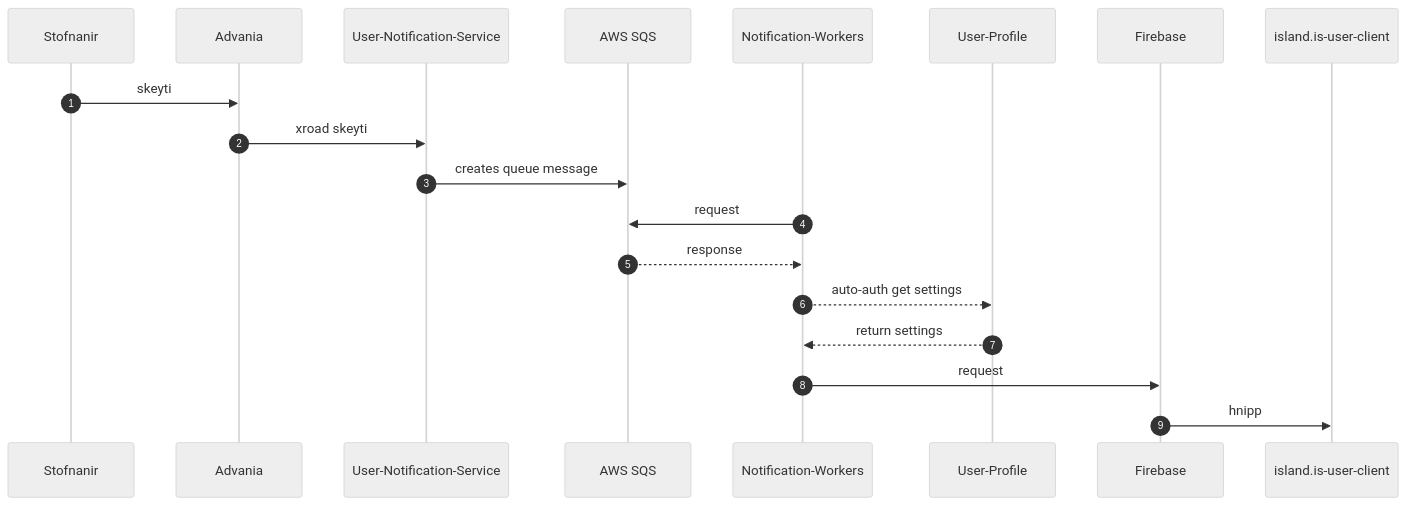
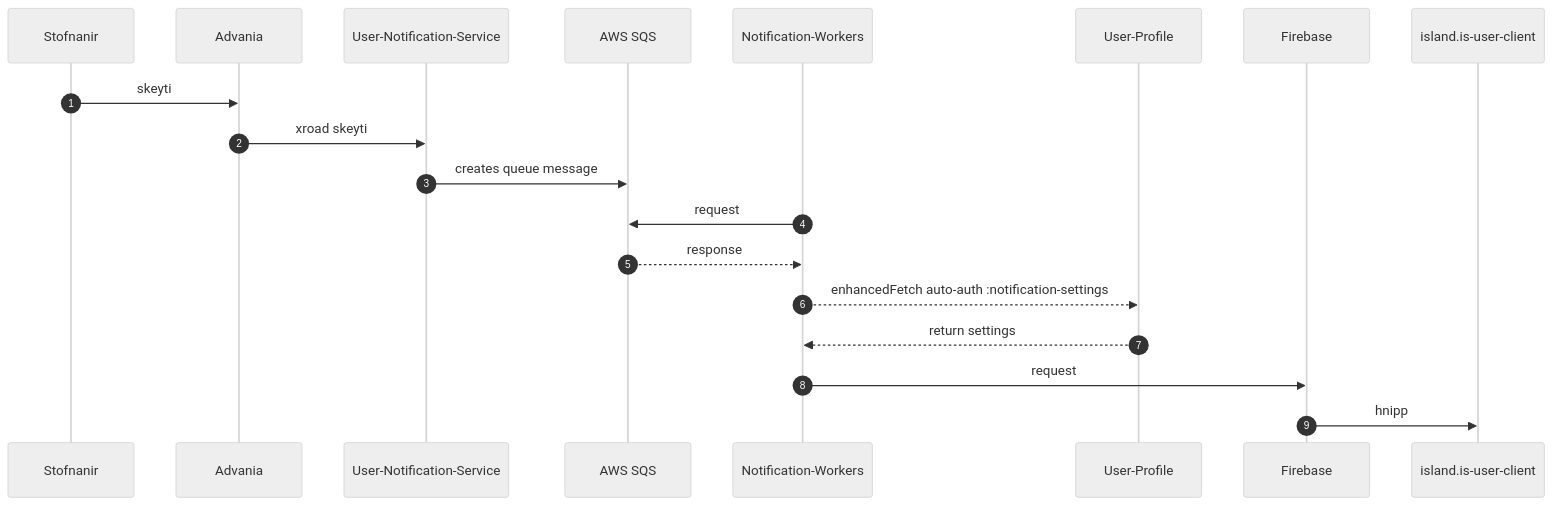
One commit to rafnarnason/bookish-fiesta changed the diagram in hnipp.md. Above: the diagram before and after it, drawn with Mermaid (neutral theme).

````diff
--- a/hnipp.md
+++ b/hnipp.md
@@ -1,17 +1,17 @@
 ```mermaid
 sequenceDiagram
     autonumber
     Stofnanir->>Advania:skeyti
     Advania->>User-Notification-Service:xroad skeyti
     User-Notification-Service->>AWS SQS:creates queue message
     Notification-Workers->>AWS SQS:request
     AWS SQS-->>Notification-Workers:response
-    Notification-Workers-->>User-Profile:auto-auth get settings
+    Notification-Workers-->>User-Profile:enhancedFetch auto-auth :notification-settings
     User-Profile-->>Notification-Workers:return settings
     
     Notification-Workers->>Firebase:request
     Firebase->>island.is-user-client:hnipp
     
     
    
 ```
````
